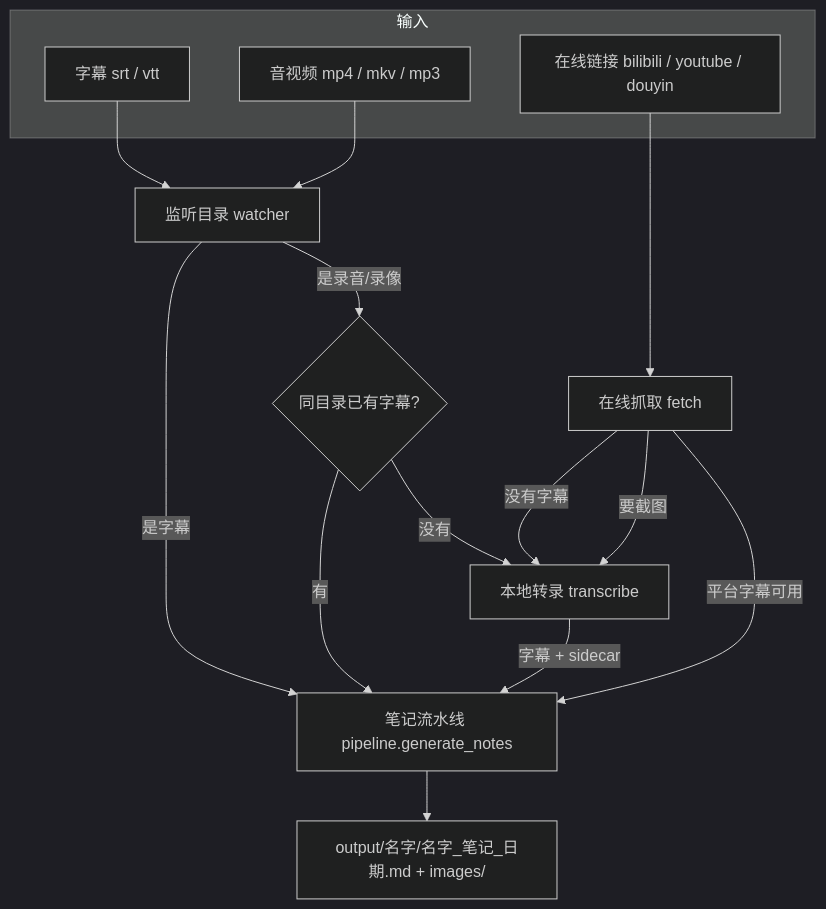
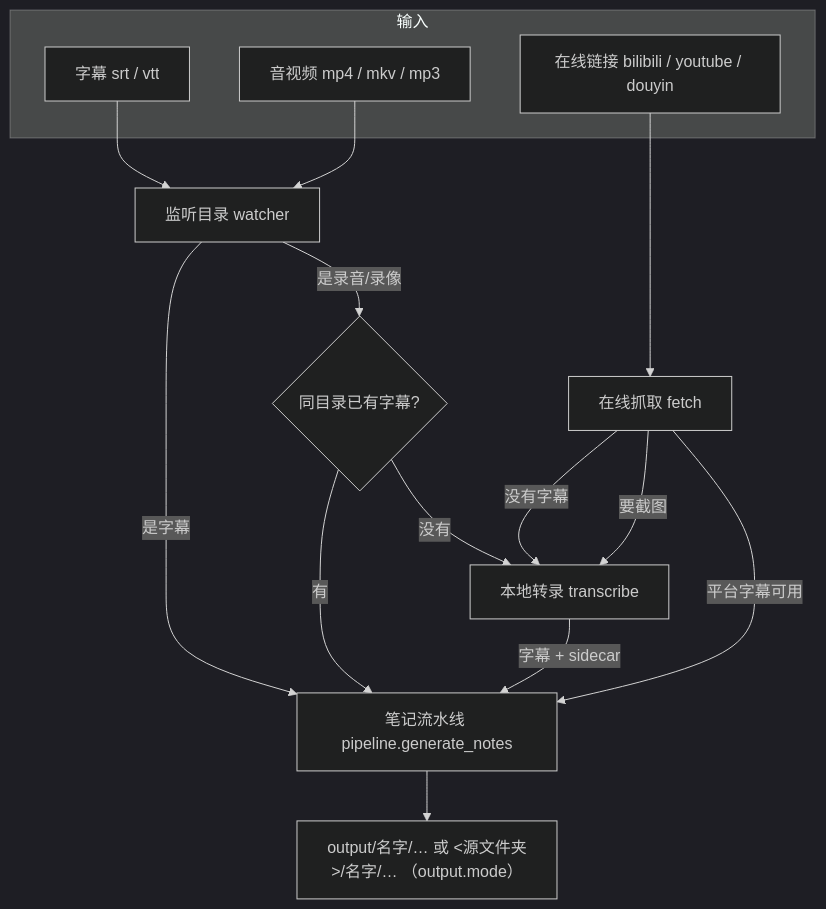
One commit to XianruLi/subtitle-notes changed the first of 8 diagrams in doc/architecture.md. Above: the diagram before and after it, drawn with Mermaid (dark theme). The commit also changed other lines of this file and 6 other files, not shown here.

First line of the commit message:
feat: output.mode - write notes next to their source folder

````diff
--- a/doc/architecture.md
+++ b/doc/architecture.md
@@ -8,30 +8,30 @@
 ```mermaid
 flowchart TD
     subgraph IN["输入"]
         S1["字幕 srt / vtt"]
         S2["音视频 mp4 / mkv / mp3"]
         S3["在线链接 bilibili / youtube / douyin"]
     end
 
     W["监听目录 watcher"]
     T["本地转录 transcribe"]
     FX["在线抓取 fetch"]
     N["笔记流水线 pipeline.generate_notes"]
-    OUT["output/名字/名字_笔记_日期.md + images/"]
+    OUT["output/名字/… 或 <源文件夹>/名字/… （output.mode）"]
 
     S1 --> W
     S2 --> W
     S3 --> FX
 
     W -->|"是字幕"| N
     W -->|"是录音/录像"| W2{"同目录已有字幕?"}
     W2 -->|"有"| N
     W2 -->|"没有"| T
     T -->|"字幕 + sidecar"| N
 
     FX -->|"平台字幕可用"| N
     FX -->|"没有字幕"| T
     FX -->|"要截图"| T
 
     N --> OUT
 ```
````
